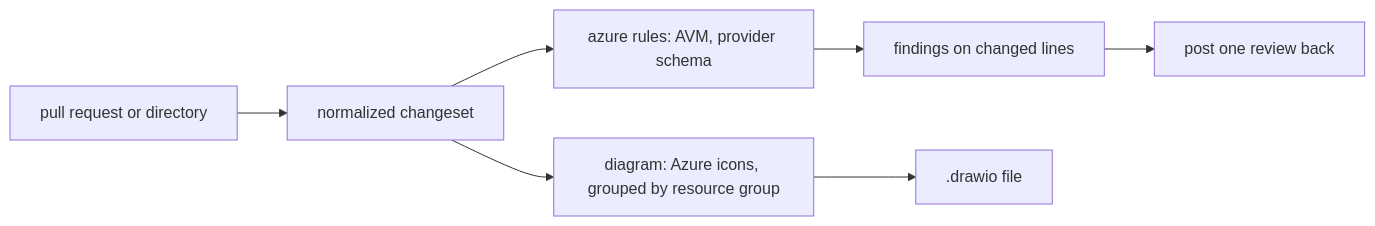
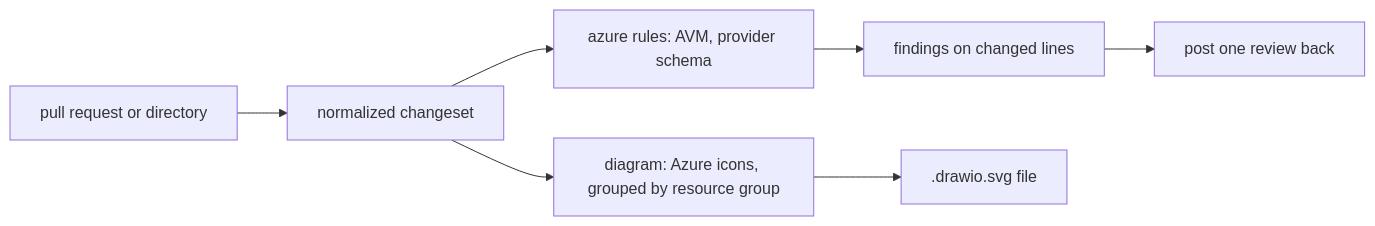
The diagram in skills/iac-review/SKILL.md (LeTuR/iac-review), drawn with Mermaid before and after one commit. The commit also changed other lines of this file, not shown here.

Commit message:
no-mistakes(document): Fix stale .drawio-only examples in SKILL.md after .drawio.svg feature

````diff
--- a/skills/iac-review/SKILL.md
+++ b/skills/iac-review/SKILL.md
@@ -14,9 +14,9 @@
 ```mermaid
 flowchart LR
   A[pull request or directory] --> B[normalized changeset]
   B --> C[azure rules: AVM, provider schema]
   B --> D[diagram: Azure icons, grouped by resource group]
   C --> E[findings on changed lines]
   E --> F[post one review back]
-  D --> G[.drawio file]
+  D --> G[.drawio.svg file]
 ```
````
